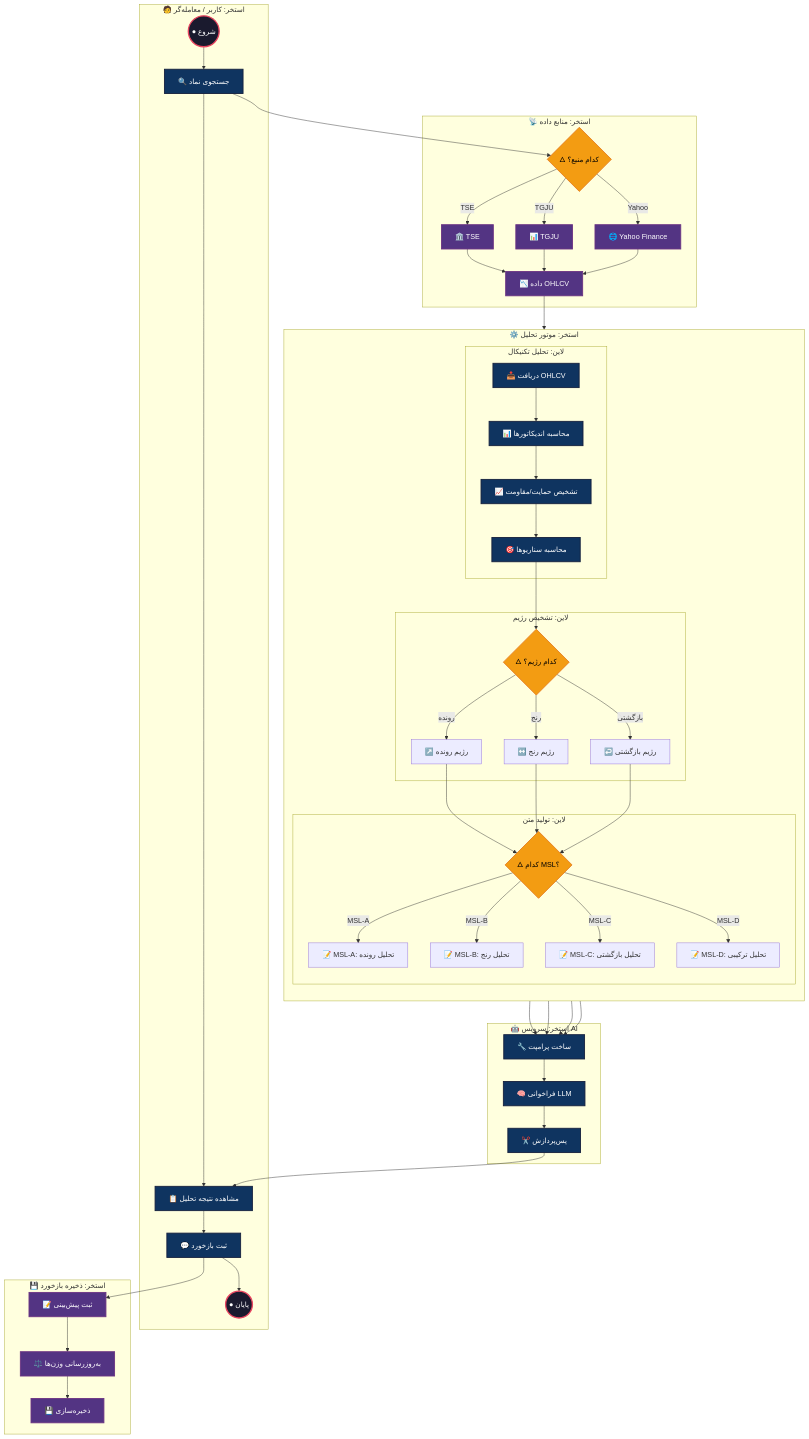
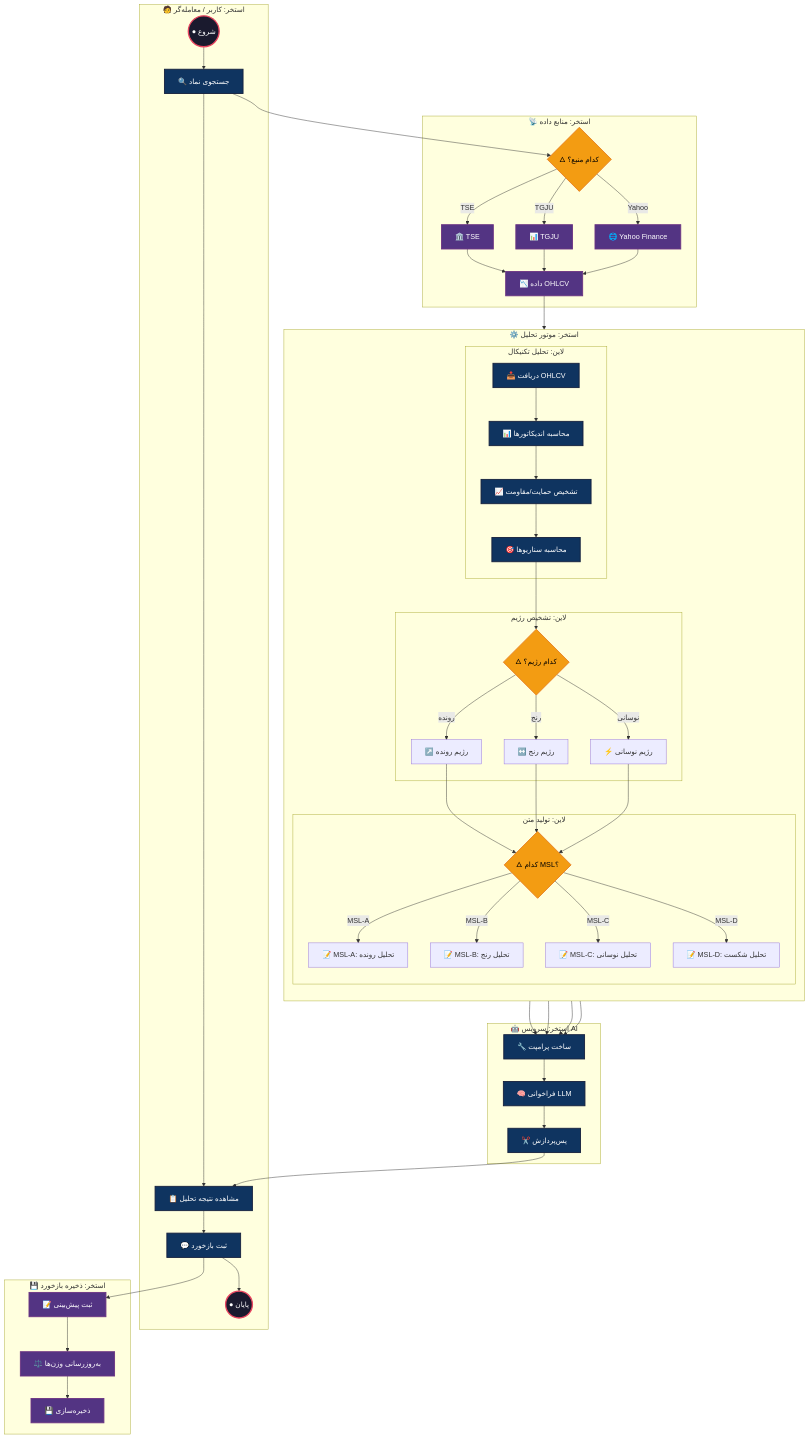
One commit to Shakour-Data/TechnicalAI changed diagram 13 of 56 in DIAGRAM_DOCS.md. Above: the diagram before and after it, drawn with Mermaid. The commit also changed other lines of this file and 23 other files, not shown here.

Commit message:
Update API services, decision graph, and TSE/Yahoo integrations

````diff
--- a/DIAGRAM_DOCS.md
+++ b/DIAGRAM_DOCS.md
@@ -607,72 +607,72 @@
 ```mermaid
 flowchart TB
     subgraph P1["🧑 استخر: کاربر / معامله‌گر"]
         START((● شروع)) --> SEARCH["🔍 جستجوی نماد"]
         SEARCH --> REVIEW["📋 مشاهده نتیجه تحلیل"]
         REVIEW --> FEEDBACK["💬 ثبت بازخورد"]
         FEEDBACK --> END((● پایان))
     end
 
     subgraph P2["⚙️ استخر: موتور تحلیل"]
         direction TB
         subgraph L1["لاین: تحلیل تکنیکال"]
             FETCH["📥 دریافت OHLCV"] --> INDICATORS["📊 محاسبه اندیکاتورها"]
             INDICATORS --> SR["📈 تشخیص حمایت/مقاومت"]
             SR --> SCENARIOS["🎯 محاسبه سناریوها"]
         end
         subgraph L2["لاین: تشخیص رژیم"]
             SCENARIOS --> REGIME_GW{"🜂 کدام رژیم؟"}
             REGIME_GW -->|رونده| TREND_R["↗️ رژیم رونده"]
             REGIME_GW -->|رنج| RANGE_R["↔️ رژیم رنج"]
-            REGIME_GW -->|بازگشتی| MEAN_R["↩️ رژیم بازگشتی"]
+            REGIME_GW -->|نوسانی| VOL_R["⚡ رژیم نوسانی"]
         end
         subgraph L3["لاین: تولید متن"]
             TREND_R --> MSL_GW{"🜂 کدام MSL؟"}
             RANGE_R --> MSL_GW
-            MEAN_R --> MSL_GW
+            VOL_R --> MSL_GW
             MSL_GW -->|MSL-A| MSL_A["📝 MSL-A: تحلیل رونده"]
             MSL_GW -->|MSL-B| MSL_B["📝 MSL-B: تحلیل رنج"]
-            MSL_GW -->|MSL-C| MSL_C["📝 MSL-C: تحلیل بازگشتی"]
-            MSL_GW -->|MSL-D| MSL_D["📝 MSL-D: تحلیل ترکیبی"]
+            MSL_GW -->|MSL-C| MSL_C["📝 MSL-C: تحلیل نوسانی"]
+            MSL_GW -->|MSL-D| MSL_D["📝 MSL-D: تحلیل شکست"]
         end
     end
 
     subgraph P3["🤖 استخر: سرویس AI"]
         MSL_A --> PROMPT["🔧 ساخت پرامپت"]
         MSL_B --> PROMPT
         MSL_C --> PROMPT
         MSL_D --> PROMPT
         PROMPT --> LLM["🧠 فراخوانی LLM"]
         LLM --> POST["✂️ پس‌پردازش"]
     end
 
     subgraph P4["📡 استخر: منابع داده"]
         SRC_GW{"🜂 کدام منبع؟"} -->|TSE| TSE["🏛️ TSE"]
         SRC_GW -->|TGJU| TGJU["📊 TGJU"]
         SRC_GW -->|Yahoo| YAHOO["🌐 Yahoo Finance"]
         TSE --> OHLCV["📉 داده OHLCV"]
         TGJU --> OHLCV
         YAHOO --> OHLCV
     end
 
     subgraph P5["💾 استخر: ذخیره بازخورد"]
         FEEDBACK --> REC["📝 ثبت پیش‌بینی"]
         REC --> UPD["⚖️ به‌روزرسانی وزن‌ها"]
         UPD --> PERSIST["💾 ذخیره‌سازی"]
     end
 
     SEARCH --> SRC_GW
     OHLCV --> FETCH
     POST --> REVIEW
 
     classDef startEnd fill:#1a1a2e,stroke:#e94560,stroke-width:3px,color:#fff
     classDef gateway fill:#f39c12,stroke:#e67e22,stroke-width:2px,color:#000
     classDef process fill:#0f3460,stroke:#16213e,stroke-width:2px,color:#fff
     classDef data fill:#533483,stroke:#6c3483,stroke-width:2px,color:#fff
     class START,END startEnd
     class REGIME_GW,MSL_GW,SRC_GW gateway
     class SEARCH,REVIEW,FEEDBACK,FETCH,INDICATORS,SR,SCENARIOS process
     class PROMPT,LLM,POST process
     class TSE,TGJU,YAHOO,OHLCV data
     class REC,UPD,PERSIST data
 ```
````
